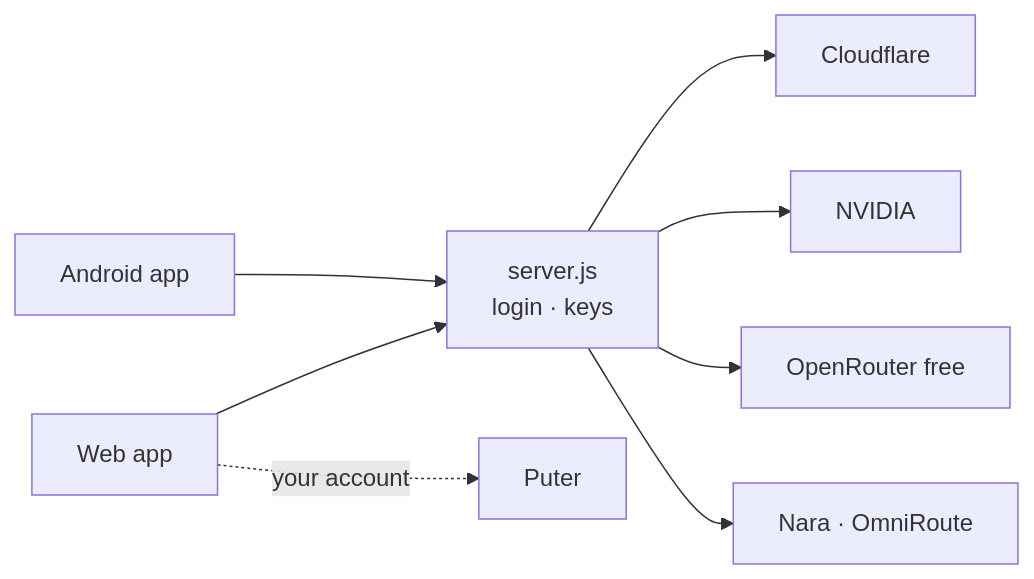
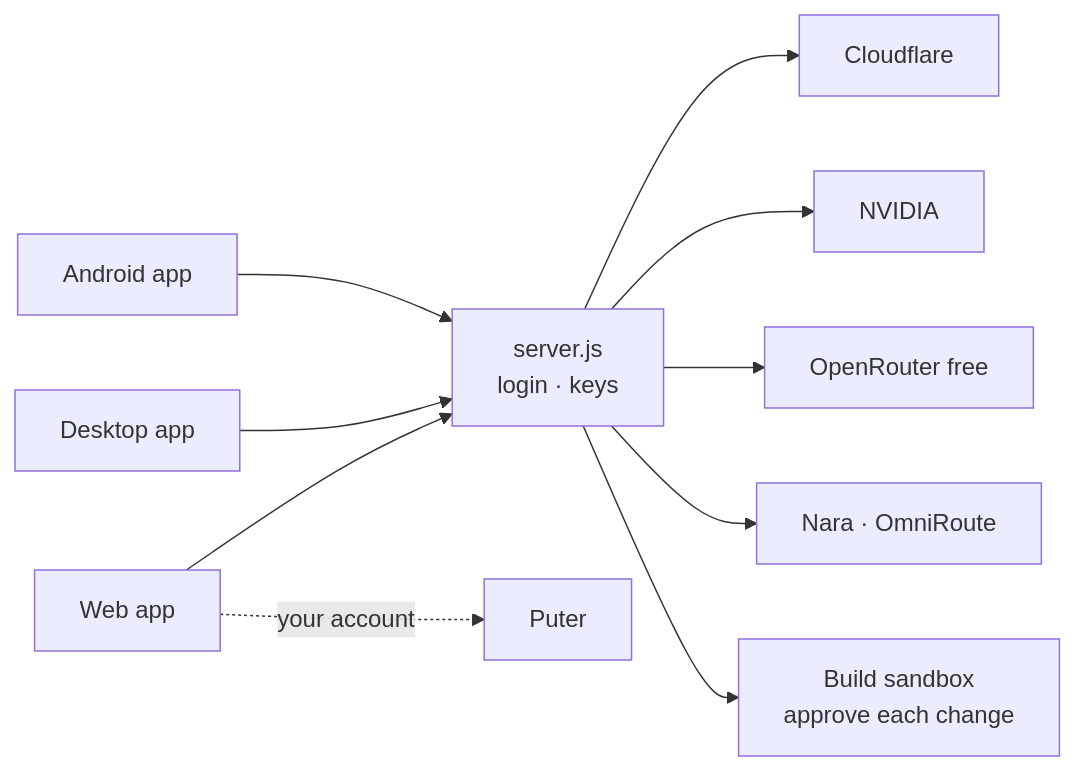
The diagram in README.md (tradernonymous/freeopenai), drawn with Mermaid before and after one commit. The commit also changed other lines of this file and 5 other files, not shown here.

First line of the commit message:
docs: remote builds, Windows desktop app and Build remotely on Android

````diff
--- a/README.md
+++ b/README.md
@@ -78,10 +90,12 @@
 ```mermaid
 flowchart LR
   W[Web app] --> S
+  D[Desktop app] --> S
   A[Android app] --> S
   S[server.js<br/>login · keys] --> C[Cloudflare]
   S --> N[NVIDIA]
   S --> O[OpenRouter free]
   S --> R[Nara · OmniRoute]
+  S --> B[Build sandbox<br/>approve each change]
   W -. your account .-> P[Puter]
 ```
````
